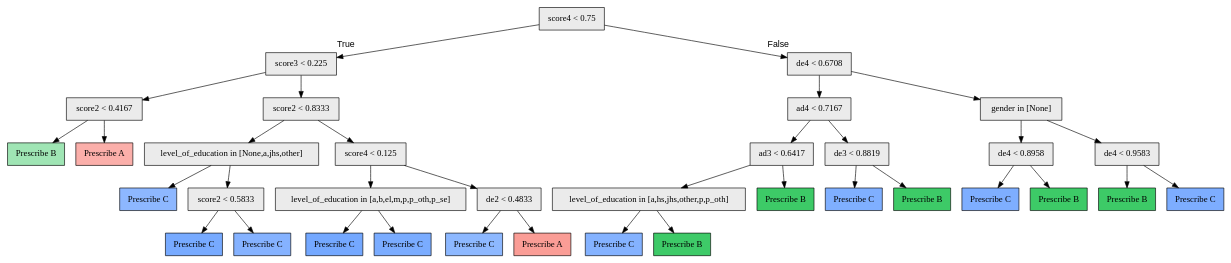
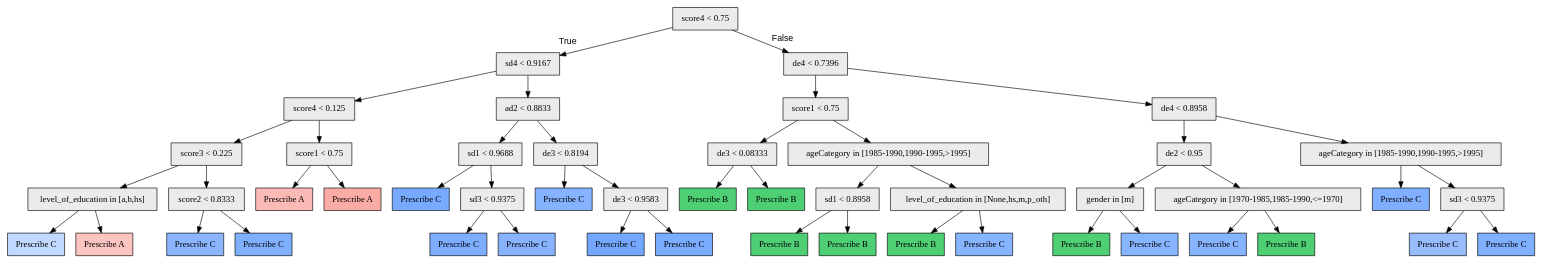
The diagram in python/model/3/cc/pytree.dot (galitLukin/PersonalizedLearning), drawn with Graphviz before and after one commit. The commit also changed 13 other files, not shown here.

```diff
--- a/python/model/3/cc/pytree.dot
+++ b/python/model/3/cc/pytree.dot
@@ -1,71 +1,99 @@
 digraph "G" {
 1 [fillcolor="#EBEBEB", fontname="bold arial", label="score4 &lt; 0.75", shape=box, style="filled"];
-2 [fillcolor="#EBEBEB", fontname="bold arial", label="score3 &lt; 0.225", shape=box, style="filled"];
-3 [fillcolor="#EBEBEB", fontname="bold arial", label="score2 &lt; 0.4167", shape=box, style="filled"];
-4 [color=black, fillcolor="#00BA3860", fontname="bold arial", label="Prescribe B", shape=box, style="filled"];
-5 [color=black, fillcolor="#F8766D94", fontname="bold arial", label="Prescribe A", shape=box, style="filled"];
-6 [fillcolor="#EBEBEB", fontname="bold arial", label="score2 &lt; 0.8333", shape=box, style="filled"];
-7 [fillcolor="#EBEBEB", fontname="bold arial", label="level_of_education in [None,a,jhs,other]", shape=box, style="filled"];
-8 [color=black, fillcolor="#619CFFb8", fontname="bold arial", label="Prescribe C", shape=box, style="filled"];
-9 [fillcolor="#EBEBEB", fontname="bold arial", label="score2 &lt; 0.5833", shape=box, style="filled"];
-10 [color=black, fillcolor="#619CFFda", fontname="bold arial", label="Prescribe C", shape=box, style="filled"];
-11 [color=black, fillcolor="#619CFFc5", fontname="bold arial", label="Prescribe C", shape=box, style="filled"];
-12 [fillcolor="#EBEBEB", fontname="bold arial", label="score4 &lt; 0.125", shape=box, style="filled"];
-13 [fillcolor="#EBEBEB", fontname="bold arial", label="level_of_education in [a,b,el,m,p,p_oth,p_se]", shape=box, style="filled"];
-14 [color=black, fillcolor="#619CFFdf", fontname="bold arial", label="Prescribe C", shape=box, style="filled"];
-15 [color=black, fillcolor="#619CFFd6", fontname="bold arial", label="Prescribe C", shape=box, style="filled"];
-16 [fillcolor="#EBEBEB", fontname="bold arial", label="de2 &lt; 0.4833", shape=box, style="filled"];
-17 [color=black, fillcolor="#619CFFb7", fontname="bold arial", label="Prescribe C", shape=box, style="filled"];
-18 [color=black, fillcolor="#F8766Db6", fontname="bold arial", label="Prescribe A", shape=box, style="filled"];
-19 [fillcolor="#EBEBEB", fontname="bold arial", label="de4 &lt; 0.6708", shape=box, style="filled"];
-20 [fillcolor="#EBEBEB", fontname="bold arial", label="ad4 &lt; 0.7167", shape=box, style="filled"];
-21 [fillcolor="#EBEBEB", fontname="bold arial", label="ad3 &lt; 0.6417", shape=box, style="filled"];
-22 [fillcolor="#EBEBEB", fontname="bold arial", label="level_of_education in [a,hs,jhs,other,p,p_oth]", shape=box, style="filled"];
-23 [color=black, fillcolor="#619CFFc6", fontname="bold arial", label="Prescribe C", shape=box, style="filled"];
-24 [color=black, fillcolor="#00BA38c1", fontname="bold arial", label="Prescribe B", shape=box, style="filled"];
-25 [color=black, fillcolor="#00BA38c2", fontname="bold arial", label="Prescribe B", shape=box, style="filled"];
-26 [fillcolor="#EBEBEB", fontname="bold arial", label="de3 &lt; 0.8819", shape=box, style="filled"];
-27 [color=black, fillcolor="#619CFFce", fontname="bold arial", label="Prescribe C", shape=box, style="filled"];
-28 [color=black, fillcolor="#00BA38c2", fontname="bold arial", label="Prescribe B", shape=box, style="filled"];
-29 [fillcolor="#EBEBEB", fontname="bold arial", label="gender in [None]", shape=box, style="filled"];
-30 [fillcolor="#EBEBEB", fontname="bold arial", label="de4 &lt; 0.8958", shape=box, style="filled"];
-31 [color=black, fillcolor="#619CFFcf", fontname="bold arial", label="Prescribe C", shape=box, style="filled"];
-32 [color=black, fillcolor="#00BA38c2", fontname="bold arial", label="Prescribe B", shape=box, style="filled"];
-33 [fillcolor="#EBEBEB", fontname="bold arial", label="de4 &lt; 0.9583", shape=box, style="filled"];
-34 [color=black, fillcolor="#00BA38c2", fontname="bold arial", label="Prescribe B", shape=box, style="filled"];
-35 [color=black, fillcolor="#619CFFd1", fontname="bold arial", label="Prescribe C", shape=box, style="filled"];
+2 [fillcolor="#EBEBEB", fontname="bold arial", label="sd4 &lt; 0.9167", shape=box, style="filled"];
+3 [fillcolor="#EBEBEB", fontname="bold arial", label="score4 &lt; 0.125", shape=box, style="filled"];
+4 [fillcolor="#EBEBEB", fontname="bold arial", label="score3 &lt; 0.225", shape=box, style="filled"];
+5 [fillcolor="#EBEBEB", fontname="bold arial", label="level_of_education in [a,b,hs]", shape=box, style="filled"];
+6 [color=black, fillcolor="#619CFF64", fontname="bold arial", label="Prescribe C", shape=box, style="filled"];
+7 [color=black, fillcolor="#F8766D6d", fontname="bold arial", label="Prescribe A", shape=box, style="filled"];
+8 [fillcolor="#EBEBEB", fontname="bold arial", label="score2 &lt; 0.8333", shape=box, style="filled"];
+9 [color=black, fillcolor="#619CFFba", fontname="bold arial", label="Prescribe C", shape=box, style="filled"];
+10 [color=black, fillcolor="#619CFFce", fontname="bold arial", label="Prescribe C", shape=box, style="filled"];
+11 [fillcolor="#EBEBEB", fontname="bold arial", label="score1 &lt; 0.75", shape=box, style="filled"];
+12 [color=black, fillcolor="#F8766D80", fontname="bold arial", label="Prescribe A", shape=box, style="filled"];
+13 [color=black, fillcolor="#F8766D9c", fontname="bold arial", label="Prescribe A", shape=box, style="filled"];
+14 [fillcolor="#EBEBEB", fontname="bold arial", label="ad2 &lt; 0.8833", shape=box, style="filled"];
+15 [fillcolor="#EBEBEB", fontname="bold arial", label="sd1 &lt; 0.9688", shape=box, style="filled"];
+16 [color=black, fillcolor="#619CFFda", fontname="bold arial", label="Prescribe C", shape=box, style="filled"];
+17 [fillcolor="#EBEBEB", fontname="bold arial", label="sd3 &lt; 0.9375", shape=box, style="filled"];
+18 [color=black, fillcolor="#619CFFd2", fontname="bold arial", label="Prescribe C", shape=box, style="filled"];
+19 [color=black, fillcolor="#619CFFc0", fontname="bold arial", label="Prescribe C", shape=box, style="filled"];
+20 [fillcolor="#EBEBEB", fontname="bold arial", label="de3 &lt; 0.8194", shape=box, style="filled"];
+21 [color=black, fillcolor="#619CFFc4", fontname="bold arial", label="Prescribe C", shape=box, style="filled"];
+22 [fillcolor="#EBEBEB", fontname="bold arial", label="de3 &lt; 0.9583", shape=box, style="filled"];
+23 [color=black, fillcolor="#619CFFdf", fontname="bold arial", label="Prescribe C", shape=box, style="filled"];
+24 [color=black, fillcolor="#619CFFd8", fontname="bold arial", label="Prescribe C", shape=box, style="filled"];
+25 [fillcolor="#EBEBEB", fontname="bold arial", label="de4 &lt; 0.7396", shape=box, style="filled"];
+26 [fillcolor="#EBEBEB", fontname="bold arial", label="score1 &lt; 0.75", shape=box, style="filled"];
+27 [fillcolor="#EBEBEB", fontname="bold arial", label="de3 &lt; 0.08333", shape=box, style="filled"];
+28 [color=black, fillcolor="#00BA38b1", fontname="bold arial", label="Prescribe B", shape=box, style="filled"];
+29 [color=black, fillcolor="#00BA38b1", fontname="bold arial", label="Prescribe B", shape=box, style="filled"];
+30 [fillcolor="#EBEBEB", fontname="bold arial", label="ageCategory in [1985-1990,1990-1995,&gt;1995]", shape=box, style="filled"];
+31 [fillcolor="#EBEBEB", fontname="bold arial", label="sd1 &lt; 0.8958", shape=box, style="filled"];
+32 [color=black, fillcolor="#00BA38b0", fontname="bold arial", label="Prescribe B", shape=box, style="filled"];
+33 [color=black, fillcolor="#00BA38b0", fontname="bold arial", label="Prescribe B", shape=box, style="filled"];
+34 [fillcolor="#EBEBEB", fontname="bold arial", label="level_of_education in [None,hs,m,p_oth]", shape=box, style="filled"];
+35 [color=black, fillcolor="#00BA38b1", fontname="bold arial", label="Prescribe B", shape=box, style="filled"];
+36 [color=black, fillcolor="#619CFFc1", fontname="bold arial", label="Prescribe C", shape=box, style="filled"];
+37 [fillcolor="#EBEBEB", fontname="bold arial", label="de4 &lt; 0.8958", shape=box, style="filled"];
+38 [fillcolor="#EBEBEB", fontname="bold arial", label="de2 &lt; 0.95", shape=box, style="filled"];
+39 [fillcolor="#EBEBEB", fontname="bold arial", label="gender in [m]", shape=box, style="filled"];
+40 [color=black, fillcolor="#00BA38b1", fontname="bold arial", label="Prescribe B", shape=box, style="filled"];
+41 [color=black, fillcolor="#619CFFbf", fontname="bold arial", label="Prescribe C", shape=box, style="filled"];
+42 [fillcolor="#EBEBEB", fontname="bold arial", label="ageCategory in [1970-1985,1985-1990,&lt;=1970]", shape=box, style="filled"];
+43 [color=black, fillcolor="#619CFFc1", fontname="bold arial", label="Prescribe C", shape=box, style="filled"];
+44 [color=black, fillcolor="#00BA38b1", fontname="bold arial", label="Prescribe B", shape=box, style="filled"];
+45 [fillcolor="#EBEBEB", fontname="bold arial", label="ageCategory in [1985-1990,1990-1995,&gt;1995]", shape=box, style="filled"];
+46 [color=black, fillcolor="#619CFFcc", fontname="bold arial", label="Prescribe C", shape=box, style="filled"];
+47 [fillcolor="#EBEBEB", fontname="bold arial", label="sd3 &lt; 0.9375", shape=box, style="filled"];
+48 [color=black, fillcolor="#619CFFa8", fontname="bold arial", label="Prescribe C", shape=box, style="filled"];
+49 [color=black, fillcolor="#619CFFce", fontname="bold arial", label="Prescribe C", shape=box, style="filled"];
 1 -> 2  [fontname="arial", headlabel="True", key=0, labelangle=45, labeldistance="2.5"];
-1 -> 19  [fontname="arial", headlabel="False", key=0, labelangle="-45", labeldistance="2.5"];
+1 -> 25  [fontname="arial", headlabel="False", key=0, labelangle="-45", labeldistance="2.5"];
 2 -> 3  [key=0];
-2 -> 6  [key=0];
+2 -> 14  [key=0];
 3 -> 4  [key=0];
-3 -> 5  [key=0];
-6 -> 7  [key=0];
-6 -> 12  [key=0];
-7 -> 8  [key=0];
-7 -> 9  [key=0];
-9 -> 10  [key=0];
-9 -> 11  [key=0];
-12 -> 13  [key=0];
-12 -> 16  [key=0];
-13 -> 14  [key=0];
-13 -> 15  [key=0];
-16 -> 17  [key=0];
-16 -> 18  [key=0];
-19 -> 20  [key=0];
-19 -> 29  [key=0];
+3 -> 11  [key=0];
+4 -> 5  [key=0];
+4 -> 8  [key=0];
+5 -> 6  [key=0];
+5 -> 7  [key=0];
+8 -> 9  [key=0];
+8 -> 10  [key=0];
+11 -> 12  [key=0];
+11 -> 13  [key=0];
+14 -> 15  [key=0];
+14 -> 20  [key=0];
+15 -> 16  [key=0];
+15 -> 17  [key=0];
+17 -> 18  [key=0];
+17 -> 19  [key=0];
 20 -> 21  [key=0];
-20 -> 26  [key=0];
-21 -> 22  [key=0];
-21 -> 25  [key=0];
+20 -> 22  [key=0];
 22 -> 23  [key=0];
 22 -> 24  [key=0];
+25 -> 26  [key=0];
+25 -> 37  [key=0];
 26 -> 27  [key=0];
-26 -> 28  [key=0];
-29 -> 30  [key=0];
-29 -> 33  [key=0];
+26 -> 30  [key=0];
+27 -> 28  [key=0];
+27 -> 29  [key=0];
 30 -> 31  [key=0];
-30 -> 32  [key=0];
-33 -> 34  [key=0];
-33 -> 35  [key=0];
+30 -> 34  [key=0];
+31 -> 32  [key=0];
+31 -> 33  [key=0];
+34 -> 35  [key=0];
+34 -> 36  [key=0];
+37 -> 38  [key=0];
+37 -> 45  [key=0];
+38 -> 39  [key=0];
+38 -> 42  [key=0];
+39 -> 40  [key=0];
+39 -> 41  [key=0];
+42 -> 43  [key=0];
+42 -> 44  [key=0];
+45 -> 46  [key=0];
+45 -> 47  [key=0];
+47 -> 48  [key=0];
+47 -> 49  [key=0];
 }
```
